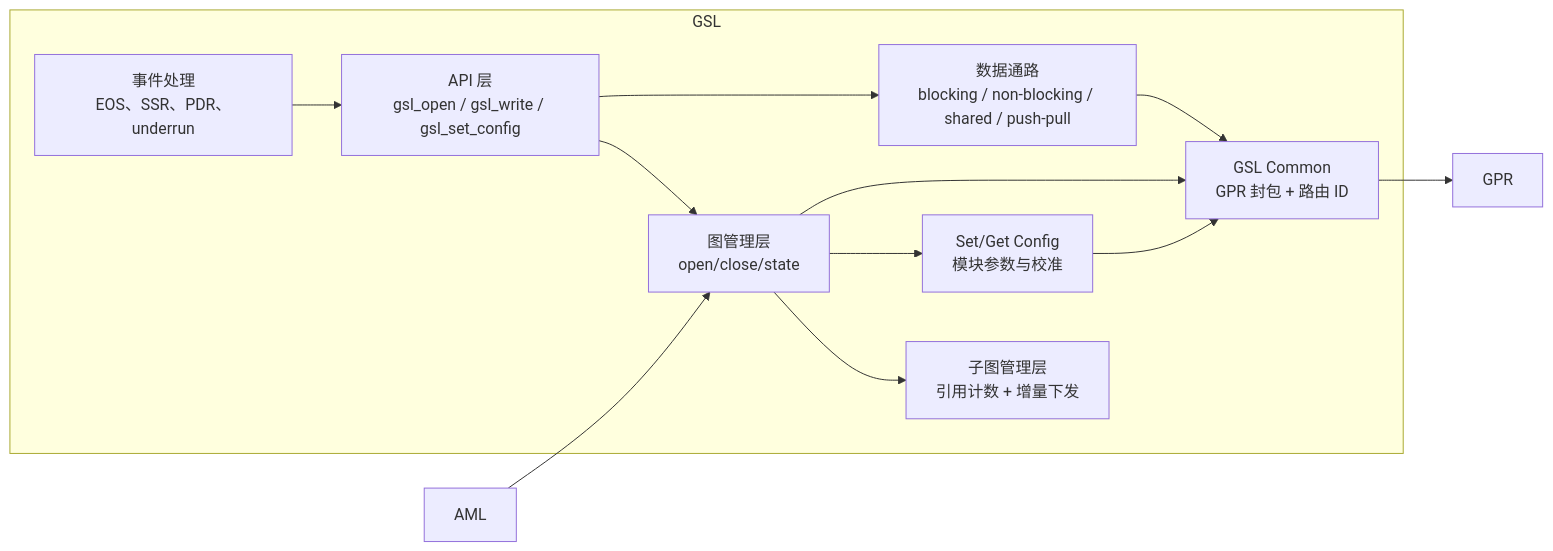
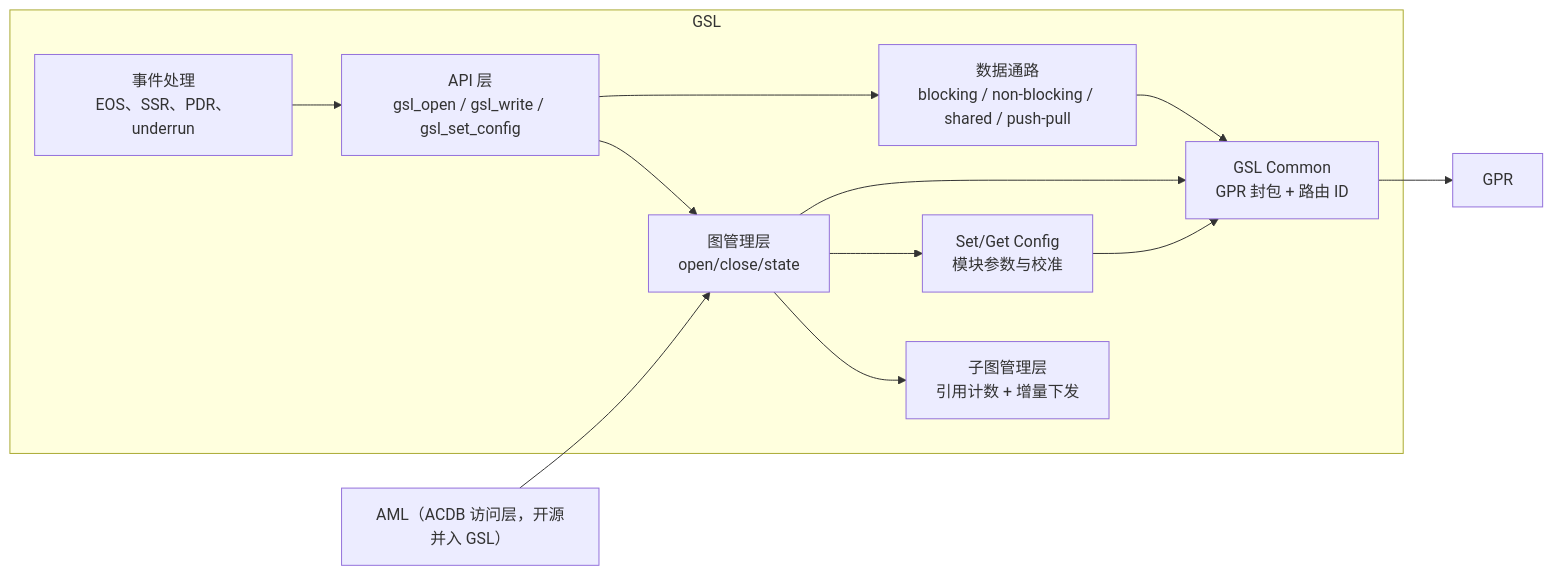
The seventh of 23 diagrams in src/content/blog/audioreach-architecture.md (gbaxy/myblog), drawn with Mermaid before and after one commit. The commit also changed other lines of this file, not shown here.

Commit message:
docs: update AudioReach architecture guide to v1.2

````diff
--- a/src/content/blog/audioreach-architecture.md
+++ b/src/content/blog/audioreach-architecture.md
@@ -459,21 +540,21 @@
 ```mermaid
 flowchart LR
     subgraph GSL["GSL"]
         API["API 层<br/>gsl_open / gsl_write / gsl_set_config"]
         GM["图管理层<br/>open/close/state"]
         SGM["子图管理层<br/>引用计数 + 增量下发"]
         CFG["Set/Get Config<br/>模块参数与校准"]
         BUF["数据通路<br/>blocking / non-blocking / shared / push-pull"]
         EVT["事件处理<br/>EOS、SSR、PDR、underrun"]
         PKT["GSL Common<br/>GPR 封包 + 路由 ID"]
     end
     API --> GM --> SGM
     GM --> CFG
     API --> BUF
     EVT --> API
     GM --> PKT
     BUF --> PKT
     CFG --> PKT
     PKT --> GPR["GPR"]
-    AML["AML"] --> GM
+    AML["AML（ACDB 访问层，开源并入 GSL）"] --> GM
 ```
````
